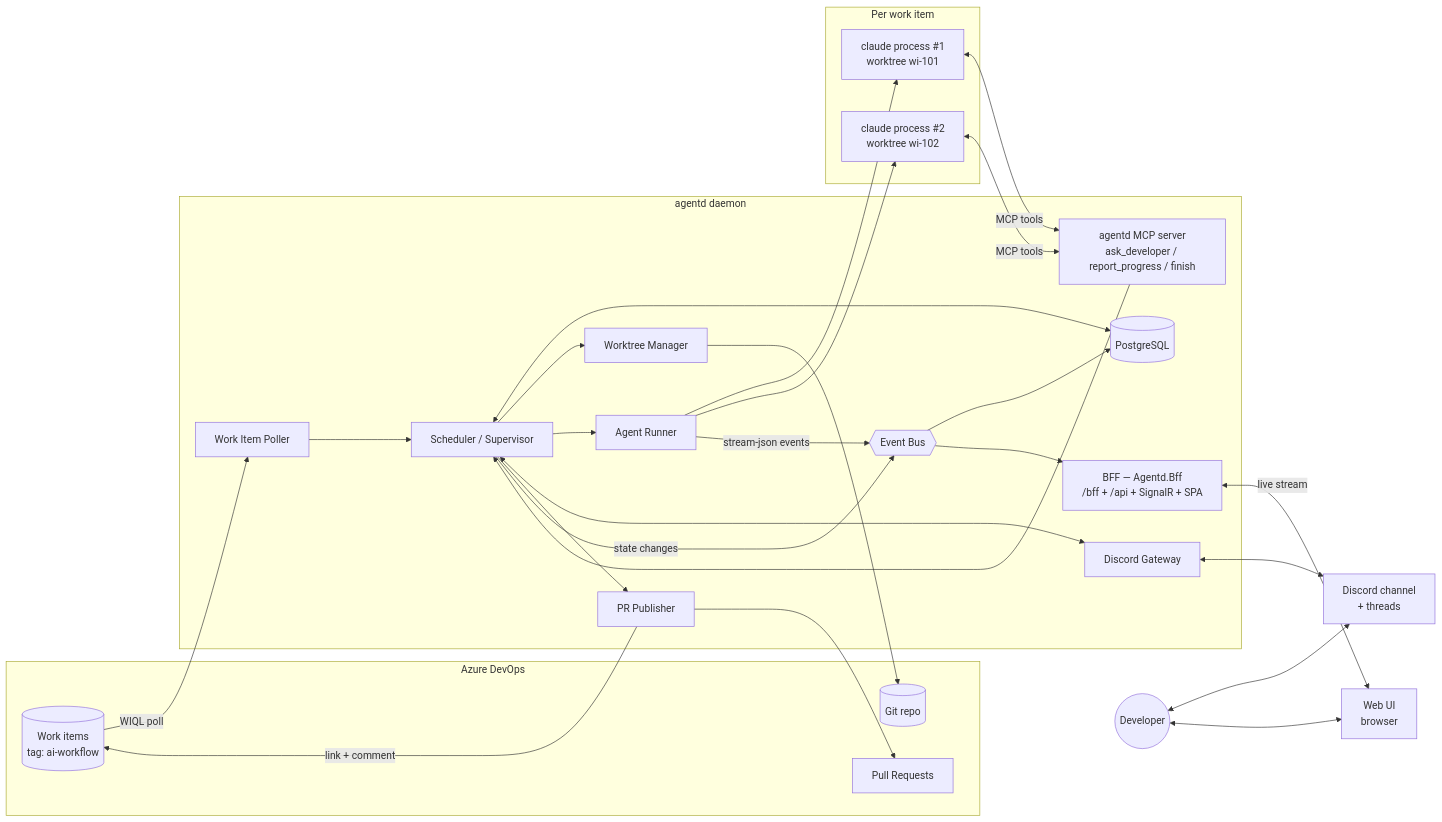
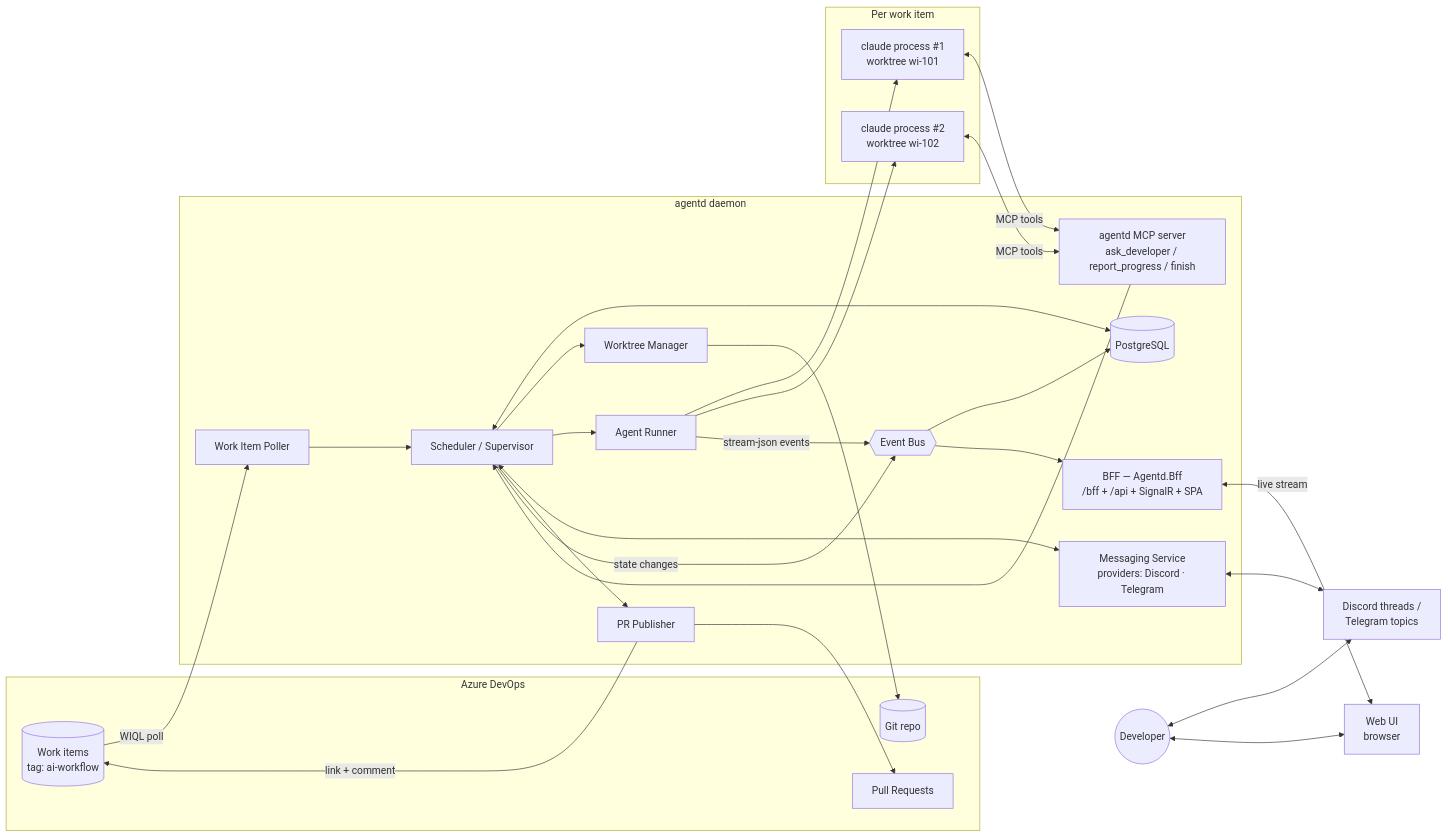
One commit to thoaingo07/agentd changed the first of 3 diagrams in docs/architect/README.md. Above: the diagram before and after it, drawn with Mermaid. The commit also changed other lines of this file and 12 other files, not shown here.

First line of the commit message:
docs: add messaging providers, workflow & learning loop, model profiles, ai-sdlc kit

````diff
--- a/docs/architect/README.md
+++ b/docs/architect/README.md
@@ -37,42 +50,42 @@
 ```mermaid
 flowchart LR
     subgraph ADO[Azure DevOps]
         WI[(Work items<br/>tag: ai-workflow)]
         REPO[(Git repo)]
         PR[Pull Requests]
     end
 
     subgraph D[agentd daemon]
         POLL[Work Item Poller]
         SCHED[Scheduler / Supervisor]
         STORE[(PostgreSQL)]
         WT[Worktree Manager]
         RUN[Agent Runner]
         MCP[agentd MCP server<br/>ask_developer / report_progress / finish]
-        DISC[Discord Gateway]
+        DISC[Messaging Service<br/>providers: Discord · Telegram]
         PUB[PR Publisher]
         BUS{{Event Bus}}
         WEB[BFF — Agentd.Bff<br/>/bff + /api + SignalR + SPA]
     end
 
     subgraph AG[Per work item]
         C1[claude process #1<br/>worktree wi-101]
         C2[claude process #2<br/>worktree wi-102]
     end
 
-    DEV((Developer)) <--> DC[Discord channel<br/>+ threads]
+    DEV((Developer)) <--> DC[Discord threads /<br/>Telegram topics]
     DEV <--> UI[Web UI<br/>browser]
 
     WI -- WIQL poll --> POLL --> SCHED
     SCHED <--> STORE
     SCHED --> WT --> REPO
     SCHED --> RUN --> C1 & C2
     C1 & C2 <-- MCP tools --> MCP --> SCHED
     SCHED <--> DISC <--> DC
     SCHED --> PUB --> PR
     RUN -- stream-json events --> BUS
     SCHED -- state changes --> BUS
     BUS --> STORE
     BUS --> WEB <-- live stream --> UI
     PUB -- link + comment --> WI
 ```
````
